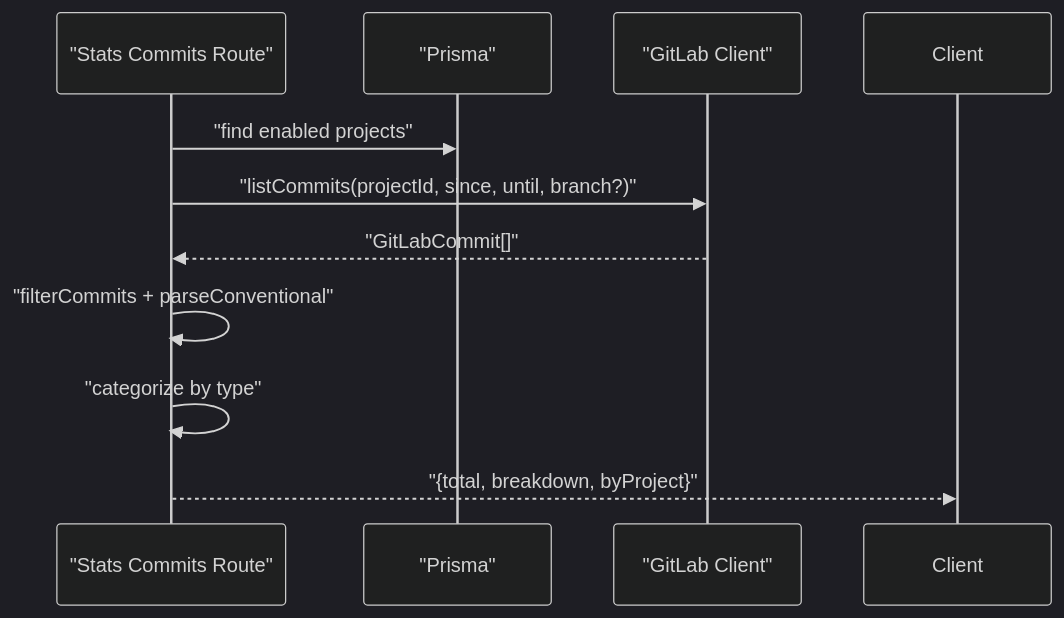
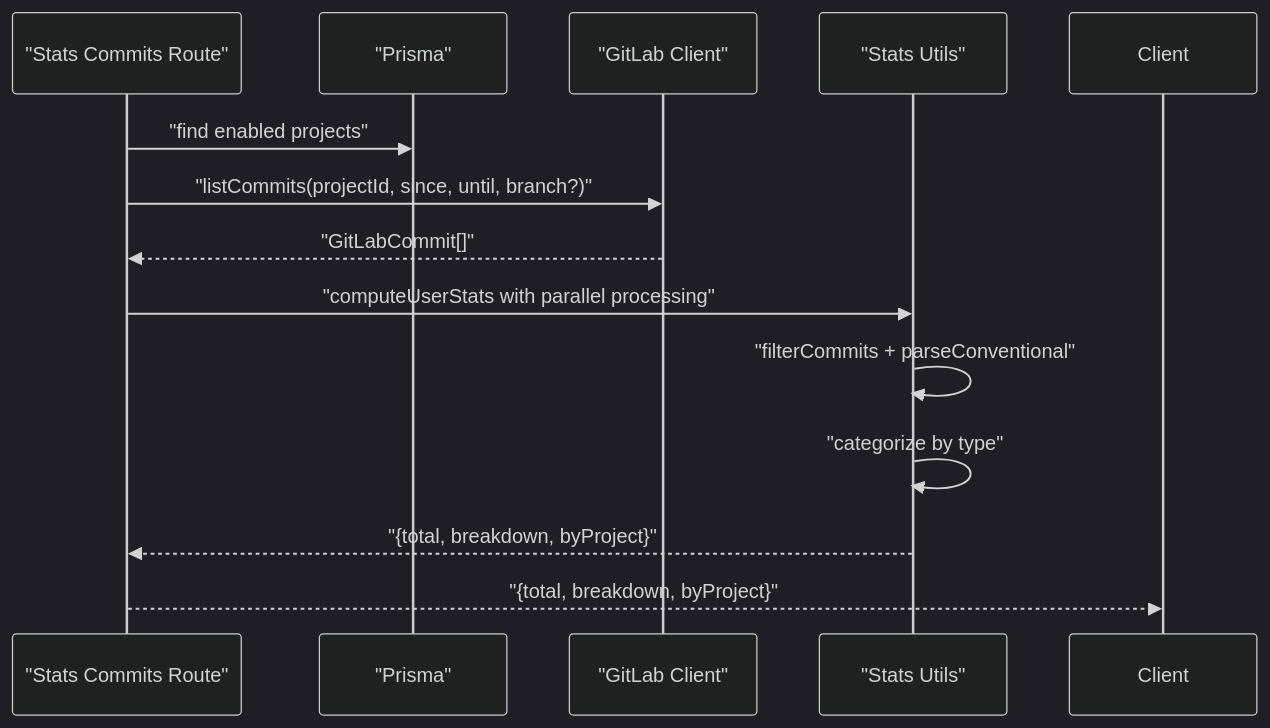
Before and after one commit to jrj444/git-daily: the ninth of 10 diagrams in .qoder/repowiki/en/content/Report Generation System/GitLab Integration.md, drawn with Mermaid (dark theme). The commit also changed other lines of this file and 6 other files, not shown here.

````diff
--- a/.qoder/repowiki/en/content/Report Generation System/GitLab Integration.md
+++ b/.qoder/repowiki/en/content/Report Generation System/GitLab Integration.md
@@ -393,12 +408,15 @@
 ```mermaid
 sequenceDiagram
 participant SC as "Stats Commits Route"
 participant PR as "Prisma"
 participant GL as "GitLab Client"
+participant ST as "Stats Utils"
 SC->>PR : "find enabled projects"
 SC->>GL : "listCommits(projectId, since, until, branch?)"
 GL-->>SC : "GitLabCommit[]"
-SC->>SC : "filterCommits + parseConventional"
-SC->>SC : "categorize by type"
+SC->>ST : "computeUserStats with parallel processing"
+ST->>ST : "filterCommits + parseConventional"
+ST->>ST : "categorize by type"
+ST-->>SC : "{total, breakdown, byProject}"
 SC-->>Client : "{total, breakdown, byProject}"
 ```
````
